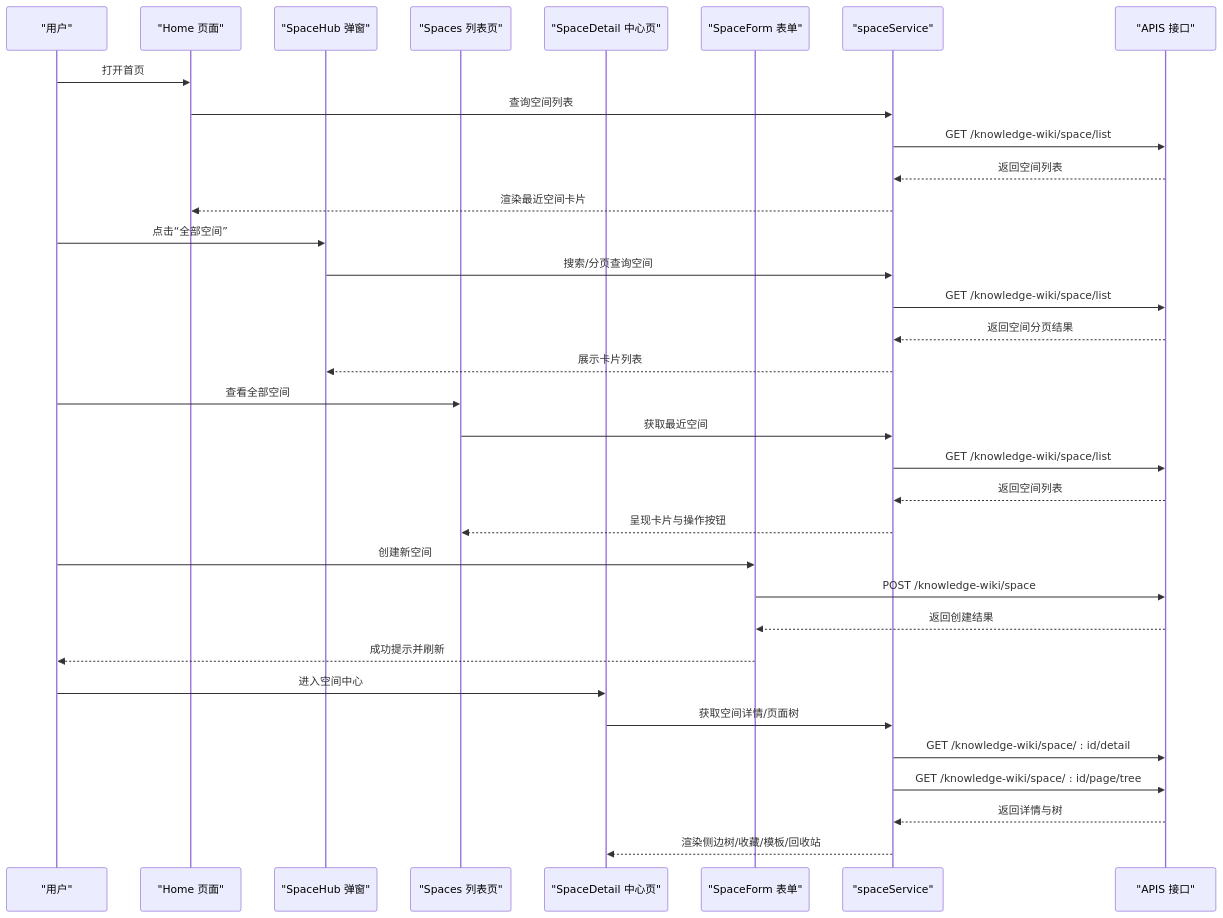
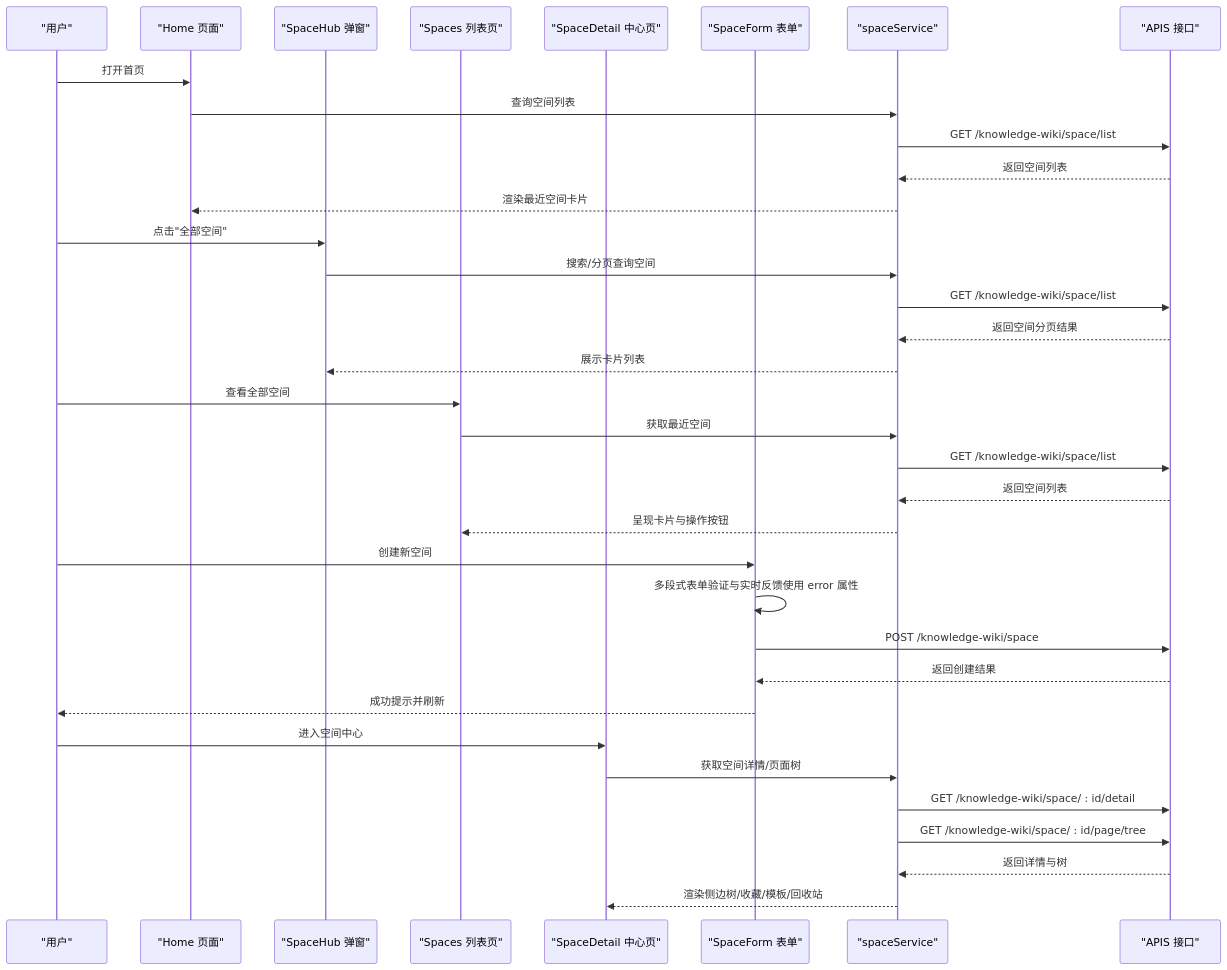
The second of 9 diagrams in .qoder/repowiki/zh/content/功能模块/知识库管理/空间管理.md (LRF0422/Kotion), drawn with Mermaid before and after one commit. The commit also changed other lines of this file and 75 other files, not shown here.

````diff
--- a/.qoder/repowiki/zh/content/功能模块/知识库管理/空间管理.md
+++ b/.qoder/repowiki/zh/content/功能模块/知识库管理/空间管理.md
@@ -98,36 +110,37 @@
 ```mermaid
 sequenceDiagram
 participant U as "用户"
 participant Home as "Home 页面"
 participant SpaceHub as "SpaceHub 弹窗"
 participant Spaces as "Spaces 列表页"
 participant SD as "SpaceDetail 中心页"
 participant SF as "SpaceForm 表单"
 participant SS as "spaceService"
 participant API as "APIS 接口"
 U->>Home : 打开首页
 Home->>SS : 查询空间列表
 SS->>API : GET /knowledge-wiki/space/list
 API-->>SS : 返回空间列表
 SS-->>Home : 渲染最近空间卡片
-U->>SpaceHub : 点击“全部空间”
+U->>SpaceHub : 点击"全部空间"
 SpaceHub->>SS : 搜索/分页查询空间
 SS->>API : GET /knowledge-wiki/space/list
 API-->>SS : 返回空间分页结果
 SS-->>SpaceHub : 展示卡片列表
 U->>Spaces : 查看全部空间
 Spaces->>SS : 获取最近空间
 SS->>API : GET /knowledge-wiki/space/list
 API-->>SS : 返回空间列表
 SS-->>Spaces : 呈现卡片与操作按钮
 U->>SF : 创建新空间
+SF->>SF : 多段式表单验证与实时反馈使用 error 属性
 SF->>API : POST /knowledge-wiki/space
 API-->>SF : 返回创建结果
 SF-->>U : 成功提示并刷新
 U->>SD : 进入空间中心
 SD->>SS : 获取空间详情/页面树
 SS->>API : GET /knowledge-wiki/space/ : id/detail
 SS->>API : GET /knowledge-wiki/space/ : id/page/tree
 API-->>SS : 返回详情与树
 SS-->>SD : 渲染侧边树/收藏/模板/回收站
 ```
````
